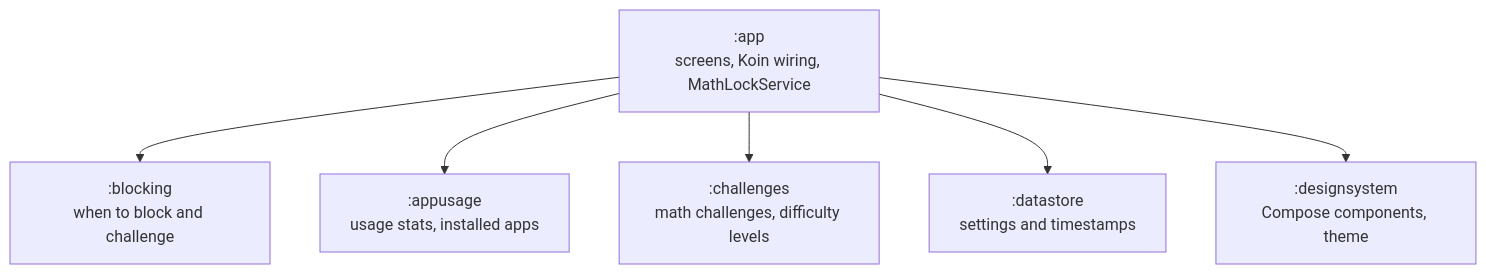
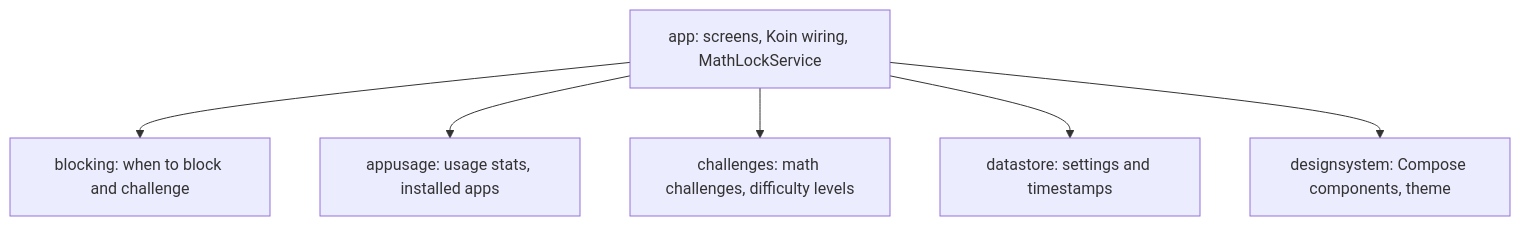
One commit to msbelaid/PlugBrain changed the first of 4 diagrams in ARCHITECTURE.md. Above: the diagram before and after it, drawn with Mermaid. The commit also changed other lines of this file, not shown here.

First line of the commit message:
Simplify the ARCHITECTURE.md diagrams for GitHub's Mermaid renderer

````diff
--- a/ARCHITECTURE.md
+++ b/ARCHITECTURE.md
@@ -9,10 +9,14 @@
 ```mermaid
 flowchart TD
-  app[":app<br/>screens, Koin wiring, MathLockService"]
-  blocking[":blocking<br/>when to block and challenge"]
-  appusage[":appusage<br/>usage stats, installed apps"]
-  challenges[":challenges<br/>math challenges, difficulty levels"]
-  datastore[":datastore<br/>settings and timestamps"]
-  designsystem[":designsystem<br/>Compose components, theme"]
-  app --> blocking & appusage & challenges & datastore & designsystem
+  app[app: screens, Koin wiring, MathLockService]
+  blocking[blocking: when to block and challenge]
+  appusage[appusage: usage stats, installed apps]
+  challenges[challenges: math challenges, difficulty levels]
+  datastore[datastore: settings and timestamps]
+  designsystem[designsystem: Compose components, theme]
+  app --> blocking
+  app --> appusage
+  app --> challenges
+  app --> datastore
+  app --> designsystem
 ```
````
